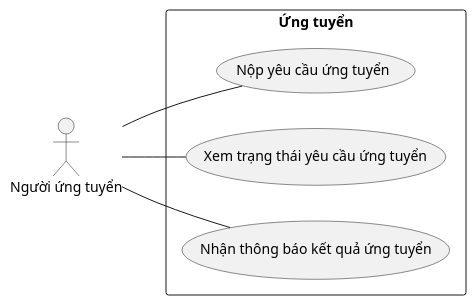
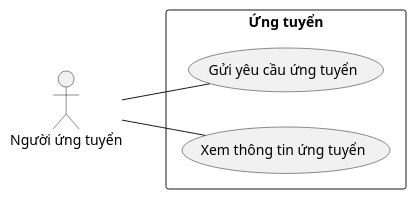
The diagram in Lab1/Lab 1.2 Diagram/Use case/FilePUML/9. UngTuyen.puml (Griselda4774/EAS-EmploymentAssistanceSystem), drawn with PlantUML before and after one commit. The commit also changed 13 other files, not shown here.

```diff
--- a/Lab1/Lab 1.2 Diagram/Use case/FilePUML/9. UngTuyen.puml
+++ b/Lab1/Lab 1.2 Diagram/Use case/FilePUML/9. UngTuyen.puml
@@ -1,16 +1,14 @@
 @startuml UngTuyen
 left to right direction
 
 actor "Người ứng tuyển" as nguoiUngTuyen
 
 rectangle "Ứng tuyển" {
-    usecase "Nộp yêu cầu ứng tuyển" as nopYeuCauUngTuyen
-    usecase "Xem trạng thái yêu cầu ứng tuyển" as xemTrangThaiYeuCauUngTuyen
-    usecase "Nhận thông báo kết quả ứng tuyển" as nhanThongBaoKetQuaUngTuyen
+    usecase "Gửi yêu cầu ứng tuyển" as nopYeuCauUngTuyen
+    usecase "Xem thông tin ứng tuyển" as xemTrangThaiYeuCauUngTuyen
 }
 
 nguoiUngTuyen -- nopYeuCauUngTuyen
 nguoiUngTuyen -- xemTrangThaiYeuCauUngTuyen
-nguoiUngTuyen -- nhanThongBaoKetQuaUngTuyen
 
 @enduml
```
